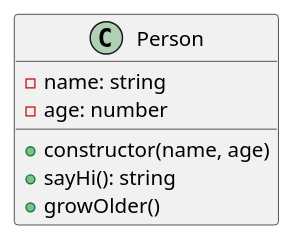
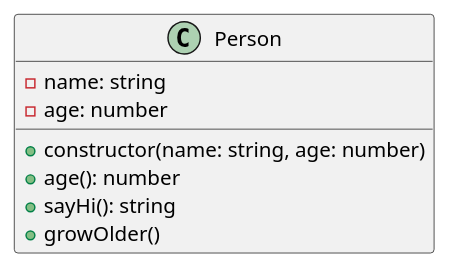
One commit to krisztiankazinczi/bh-fst01 changed the diagram in docs/exercises/oop/easy/person/Person.plantuml. Above: the diagram before and after it, drawn with PlantUML. The commit also changed 4 other files, not shown here.

```diff
--- a/docs/exercises/oop/easy/person/Person.plantuml
+++ b/docs/exercises/oop/easy/person/Person.plantuml
@@ -1,10 +1,11 @@
 @startuml
 class Person {
     - name: string
     - age: number
 
-    + constructor(name, age)
+    + constructor(name: string, age: number)
+    + age(): number
     + sayHi(): string
     + growOlder()
 }
 @enduml
```
